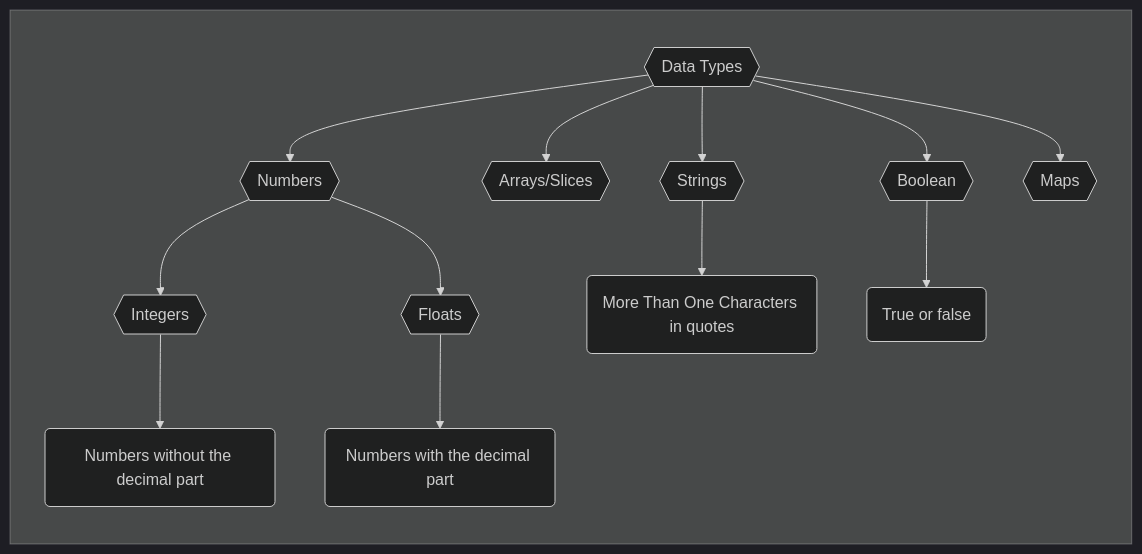
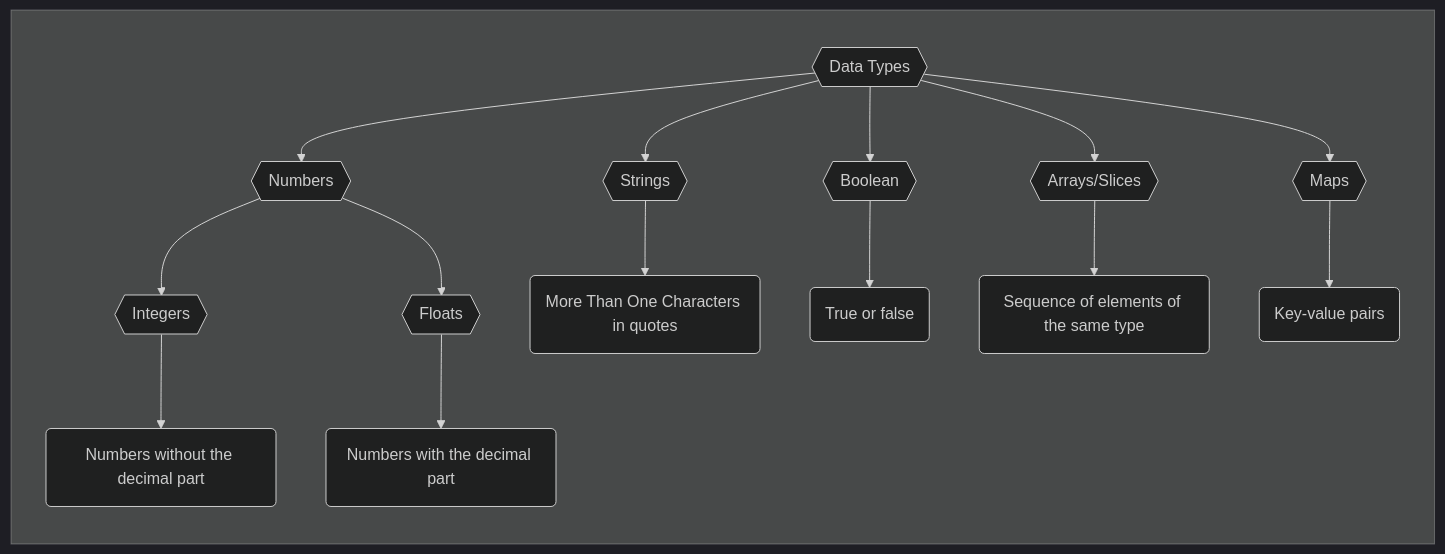
One commit to kalanakt/kalanakt.cc changed the diagram in src/content/blog/golang-getting-started.md. Above: the diagram before and after it, drawn with Mermaid (dark theme). The commit also changed other lines of this file and 3 other files, not shown here.

````diff
--- a/src/content/blog/golang-getting-started.md
+++ b/src/content/blog/golang-getting-started.md
@@ -69,17 +69,19 @@
 ```mermaid
 graph LR
     subgraph identifier[" "]
     A{{"Data Types"}} --> B{{"Strings"}}
     A --> C{{"Arrays/Slices"}}
     A --> D{{"Boolean"}}
     A --> E{{"Numbers"}}
     A --> F{{"Maps"}}
     E --> G{{"Integers"}}
     E --> H{{"Floats"}}
 
     B --> Bb(More Than One Characters in quotes)
     G --> Gg(Numbers without the decimal part)
     H --> Hh(Numbers with the decimal part)
     D --> Dd(True or false)
+    C --> Cc(Sequence of elements of the same type)
+    F --> Ff(Key-value pairs)
     end
 ```
````
